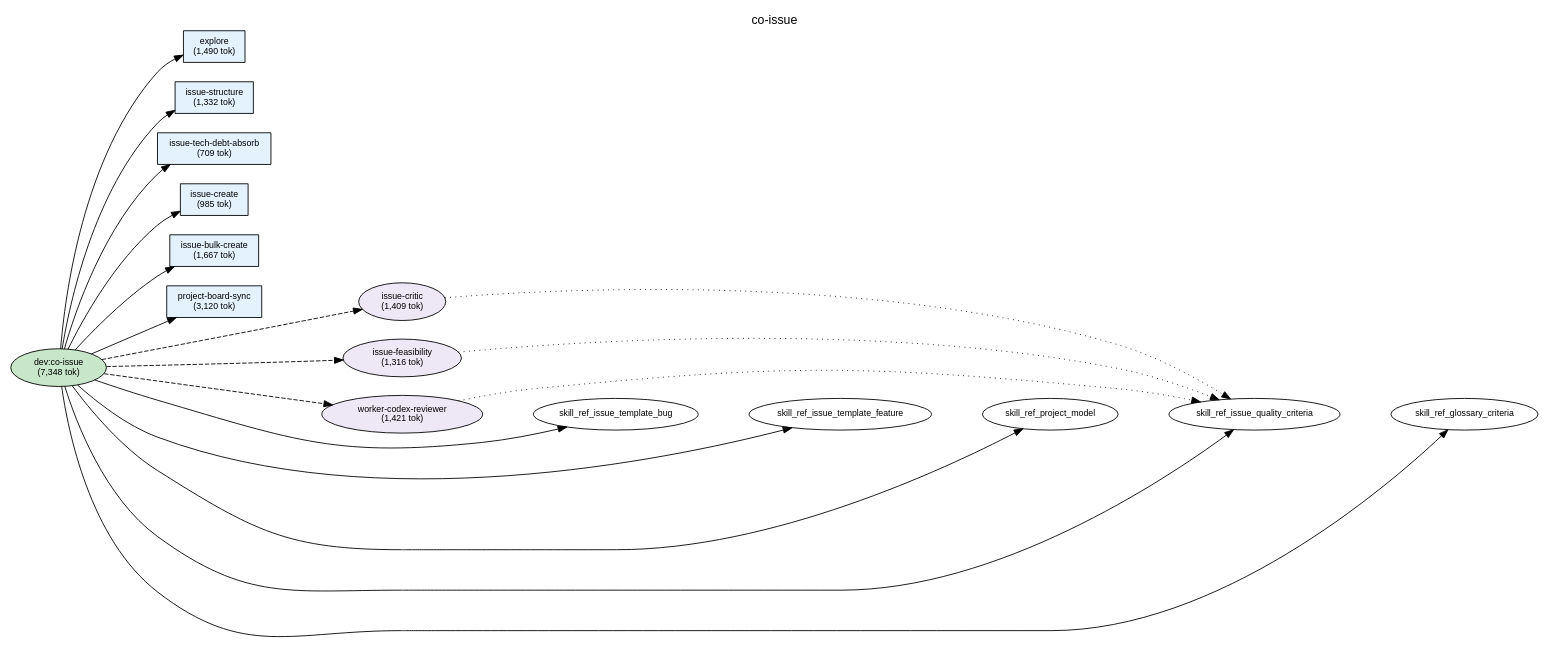
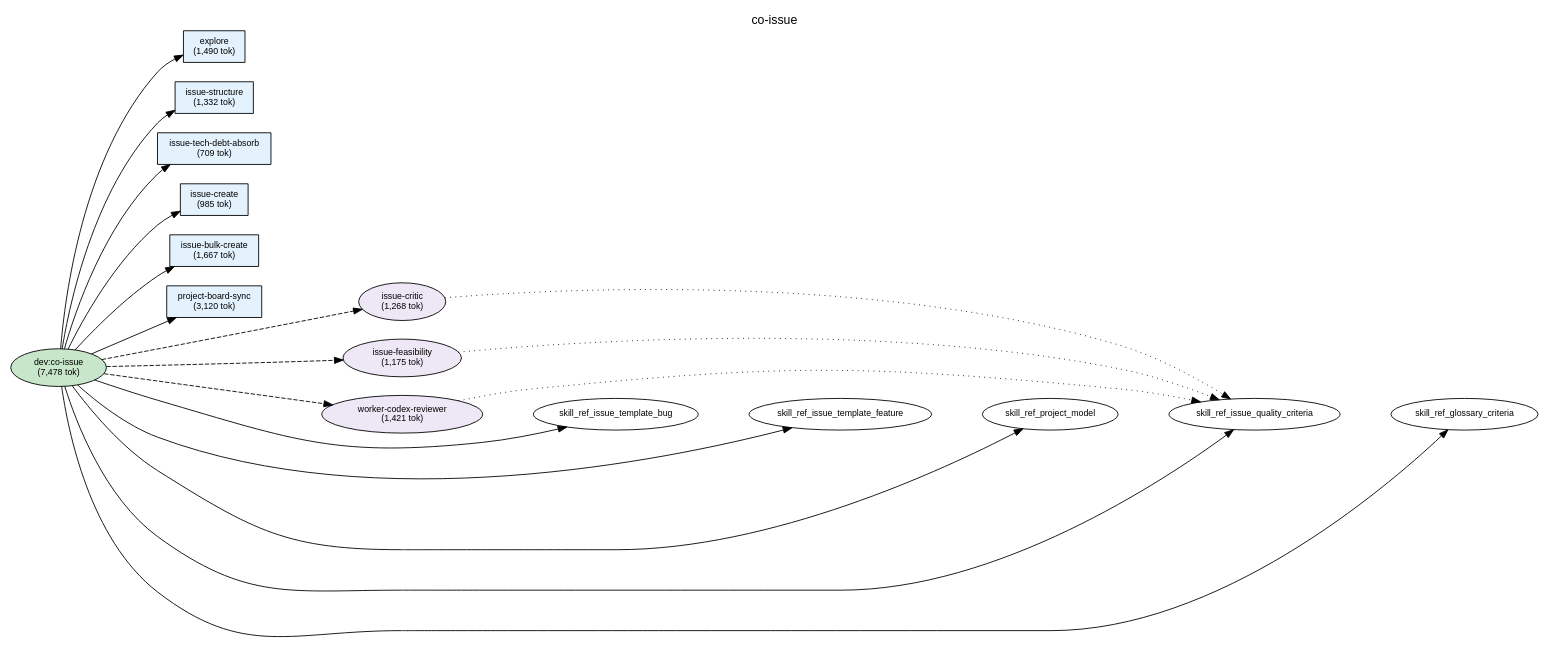
One commit to shuu5/twill changed the diagram in plugins/dev/docs/deps-co-issue.dot. Above: the diagram before and after it, drawn with Graphviz. The commit also changed 15 other files, not shown here.

```diff
--- a/plugins/dev/docs/deps-co-issue.dot
+++ b/plugins/dev/docs/deps-co-issue.dot
@@ -1,80 +1,80 @@
 digraph Dependencies {
     // Graph settings
     rankdir=LR;
     ranksep=0.8;
     nodesep=0.3;
     fontname="Helvetica";
     node [fontname="Helvetica", fontsize=10];
     edge [fontname="Helvetica", fontsize=9];
     label="co-issue";
     labelloc=t;
     fontsize=14;
 
     // L0: Controller Skills
-    skill_co_issue [label="dev:co-issue\n(7,348 tok)", shape=ellipse, style=filled, fillcolor="#c8e6c9"];
+    skill_co_issue [label="dev:co-issue\n(7,478 tok)", shape=ellipse, style=filled, fillcolor="#c8e6c9"];
 
     // L0: Launchers
 
     // L0.5: Workflow Skills
 
     // Reference Skills
 
     // L1: Direct Commands
     cmd_issue_structure [label="issue-structure\n(1,332 tok)", shape=box, style=filled, fillcolor="#e3f2fd"];
     cmd_issue_create [label="issue-create\n(985 tok)", shape=box, style=filled, fillcolor="#e3f2fd"];
     cmd_issue_bulk_create [label="issue-bulk-create\n(1,667 tok)", shape=box, style=filled, fillcolor="#e3f2fd"];
     cmd_issue_tech_debt_absorb [label="issue-tech-debt-absorb\n(709 tok)", shape=box, style=filled, fillcolor="#e3f2fd"];
     cmd_project_board_sync [label="project-board-sync\n(3,120 tok)", shape=box, style=filled, fillcolor="#e3f2fd"];
     cmd_explore [label="explore\n(1,490 tok)", shape=box, style=filled, fillcolor="#e3f2fd"];
 
     // L2: Sub Commands
 
     // L3: Agents
-    agent_issue_critic [label="issue-critic\n(1,409 tok)", shape=ellipse, style=filled, fillcolor="#ede7f6"];
-    agent_issue_feasibility [label="issue-feasibility\n(1,316 tok)", shape=ellipse, style=filled, fillcolor="#ede7f6"];
+    agent_issue_critic [label="issue-critic\n(1,268 tok)", shape=ellipse, style=filled, fillcolor="#ede7f6"];
+    agent_issue_feasibility [label="issue-feasibility\n(1,175 tok)", shape=ellipse, style=filled, fillcolor="#ede7f6"];
     agent_worker_codex_reviewer [label="worker-codex-reviewer\n(1,421 tok)", shape=ellipse, style=filled, fillcolor="#ede7f6"];
 
     // L3.5: Scripts
 
     // L4: External
 
     // Layer constraints
     { rank=same; skill_co_issue; }
     { rank=same; cmd_issue_structure; cmd_issue_create; cmd_issue_bulk_create; cmd_issue_tech_debt_absorb; cmd_project_board_sync; cmd_explore; }
     { rank=same; agent_issue_critic; agent_issue_feasibility; agent_worker_codex_reviewer; }
 
     // Edges
     skill_co_issue -> cmd_explore;
     skill_co_issue -> cmd_issue_structure;
     skill_co_issue -> cmd_issue_tech_debt_absorb;
     skill_co_issue -> cmd_issue_create;
     skill_co_issue -> cmd_issue_bulk_create;
     skill_co_issue -> cmd_project_board_sync;
     skill_co_issue -> agent_issue_critic [style=dashed];
     skill_co_issue -> agent_issue_feasibility [style=dashed];
     skill_co_issue -> agent_worker_codex_reviewer [style=dashed];
     skill_co_issue -> skill_ref_issue_template_bug;
     skill_co_issue -> skill_ref_issue_template_feature;
     skill_co_issue -> skill_ref_project_model;
     skill_co_issue -> skill_ref_issue_quality_criteria;
     skill_co_issue -> skill_ref_glossary_criteria;
     agent_issue_critic -> skill_ref_issue_quality_criteria [style=dotted];
     agent_issue_feasibility -> skill_ref_issue_quality_criteria [style=dotted];
     agent_worker_codex_reviewer -> skill_ref_issue_quality_criteria [style=dotted];
 
     // Ordering constraints (invisible edges)
     cmd_explore -> cmd_issue_structure [style=invis, weight=10];
     cmd_issue_structure -> cmd_issue_tech_debt_absorb [style=invis, weight=10];
     cmd_issue_tech_debt_absorb -> cmd_issue_create [style=invis, weight=10];
     cmd_issue_create -> cmd_issue_bulk_create [style=invis, weight=10];
     cmd_issue_bulk_create -> cmd_project_board_sync [style=invis, weight=10];
     cmd_project_board_sync -> agent_issue_critic [style=invis, weight=10];
     agent_issue_critic -> agent_issue_feasibility [style=invis, weight=10];
     agent_issue_feasibility -> agent_worker_codex_reviewer [style=invis, weight=10];
     agent_worker_codex_reviewer -> skill_ref_issue_template_bug [style=invis, weight=10];
     skill_ref_issue_template_bug -> skill_ref_issue_template_feature [style=invis, weight=10];
     skill_ref_issue_template_feature -> skill_ref_project_model [style=invis, weight=10];
     skill_ref_project_model -> skill_ref_issue_quality_criteria [style=invis, weight=10];
     skill_ref_issue_quality_criteria -> skill_ref_glossary_criteria [style=invis, weight=10];
 
 }
```
